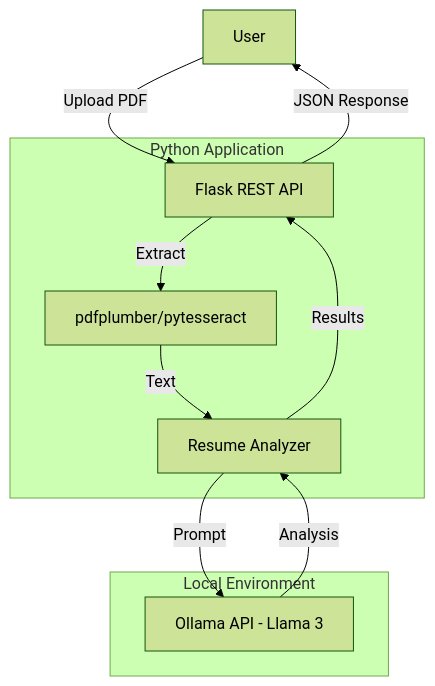
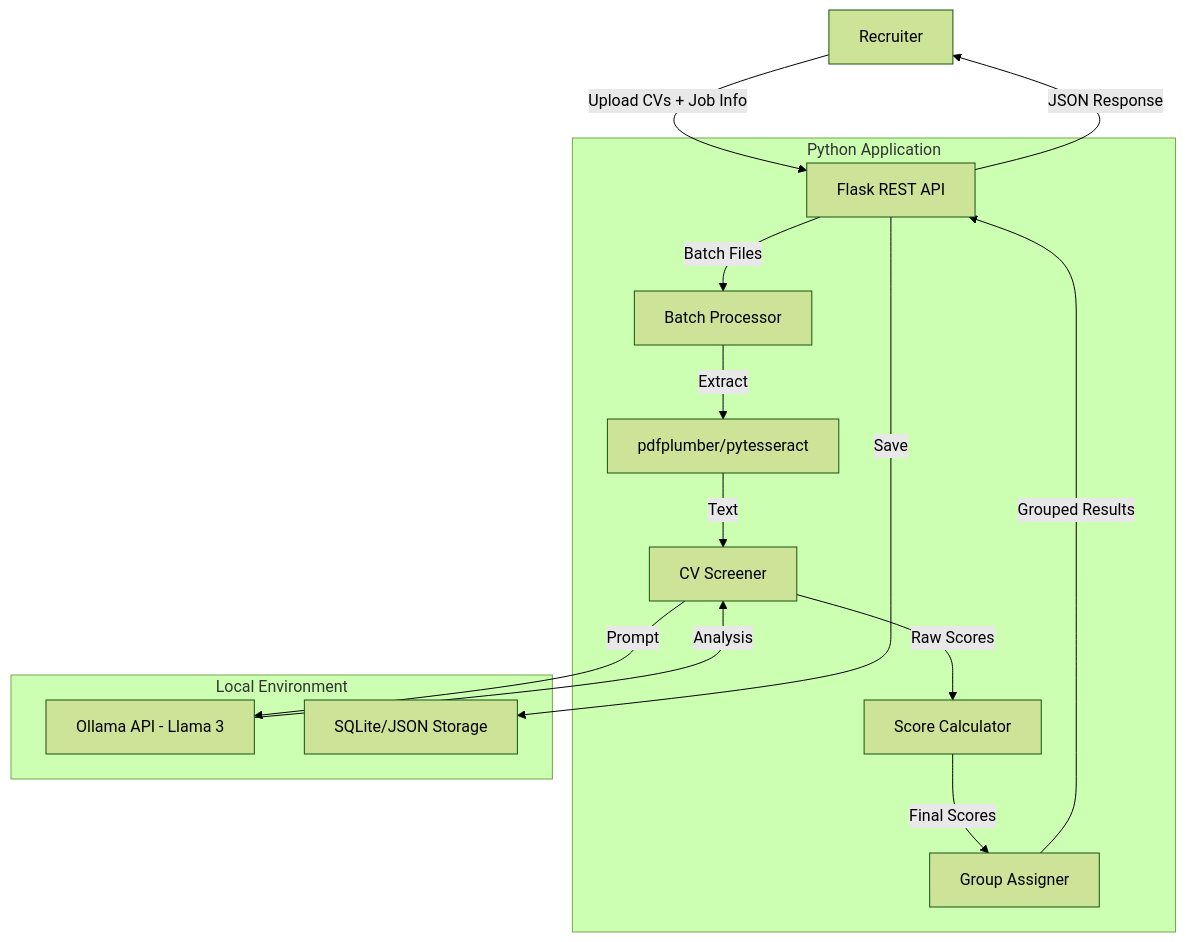
One commit to chanthornsp/Local-AI-Resume-Analyzer changed the diagram in README.md. Above: the diagram before and after it, drawn with Mermaid (forest theme). The commit also changed other lines of this file and 1 other file, not shown here.

Commit message:
feat: Introduce a React/TailwindCSS/Shadcn-ui frontend, expand the backend architecture, and rename the project to 'Local AI CV Screener for Recruiters'.

````diff
--- a/README.md
+++ b/README.md
@@ -348,20 +495,28 @@
 ```mermaid
 graph TD
-    User[User]
+    Recruiter[Recruiter]
     subgraph "Python Application"
         API[Flask REST API]
+        Batch[Batch Processor]
         PDF[pdfplumber/pytesseract]
-        Analyzer[Resume Analyzer]
+        Screener[CV Screener]
+        Scorer[Score Calculator]
+        Grouper[Group Assigner]
     end
     subgraph "Local Environment"
         Ollama[Ollama API - Llama 3]
+        Storage[SQLite/JSON Storage]
     end
 
-    User -->|Upload PDF| API
-    API -->|Extract| PDF
-    PDF -->|Text| Analyzer
-    Analyzer -->|Prompt| Ollama
-    Ollama -->|Analysis| Analyzer
-    Analyzer -->|Results| API
-    API -->|JSON Response| User
+    Recruiter -->|Upload CVs + Job Info| API
+    API -->|Batch Files| Batch
+    Batch -->|Extract| PDF
+    PDF -->|Text| Screener
+    Screener -->|Prompt| Ollama
+    Ollama -->|Analysis| Screener
+    Screener -->|Raw Scores| Scorer
+    Scorer -->|Final Scores| Grouper
+    Grouper -->|Grouped Results| API
+    API -->|Save| Storage
+    API -->|JSON Response| Recruiter
 ```
````
